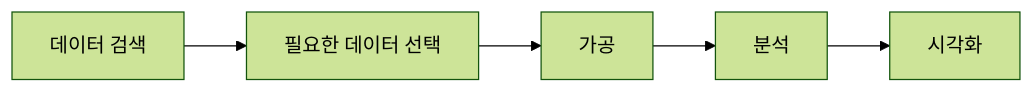
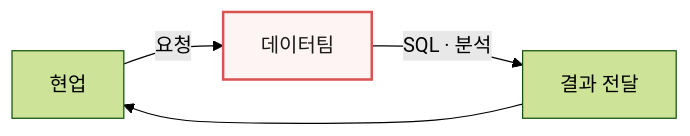
One commit to i31pc17/bitbook changed diagram 19 of 22 in 모던 데이터 아키텍처/19장. 데이터를 소비하는 환경.md. Above: the diagram before and after it, drawn with Mermaid (forest theme). The commit also changed other lines of this file and 1 other file, not shown here.

````diff
--- a/모던 데이터 아키텍처/19장. 데이터를 소비하는 환경.md
+++ b/모던 데이터 아키텍처/19장. 데이터를 소비하는 환경.md
@@ -1254,4 +1195,8 @@
 ```mermaid
 flowchart LR
-    n0["데이터 검색"] --> n1["필요한 데이터 선택"] --> n2["가공"] --> n3["분석"] --> n4["시각화"]
+    U["현업"] -- "요청" --> T["데이터팀"]
+    T -- "SQL · 분석" --> R["결과 전달"]
+    R --> U
+
+    style T fill:#fff4f4,stroke:#d9534f,stroke-width:2px,color:#1a1a1a
 ```
````
